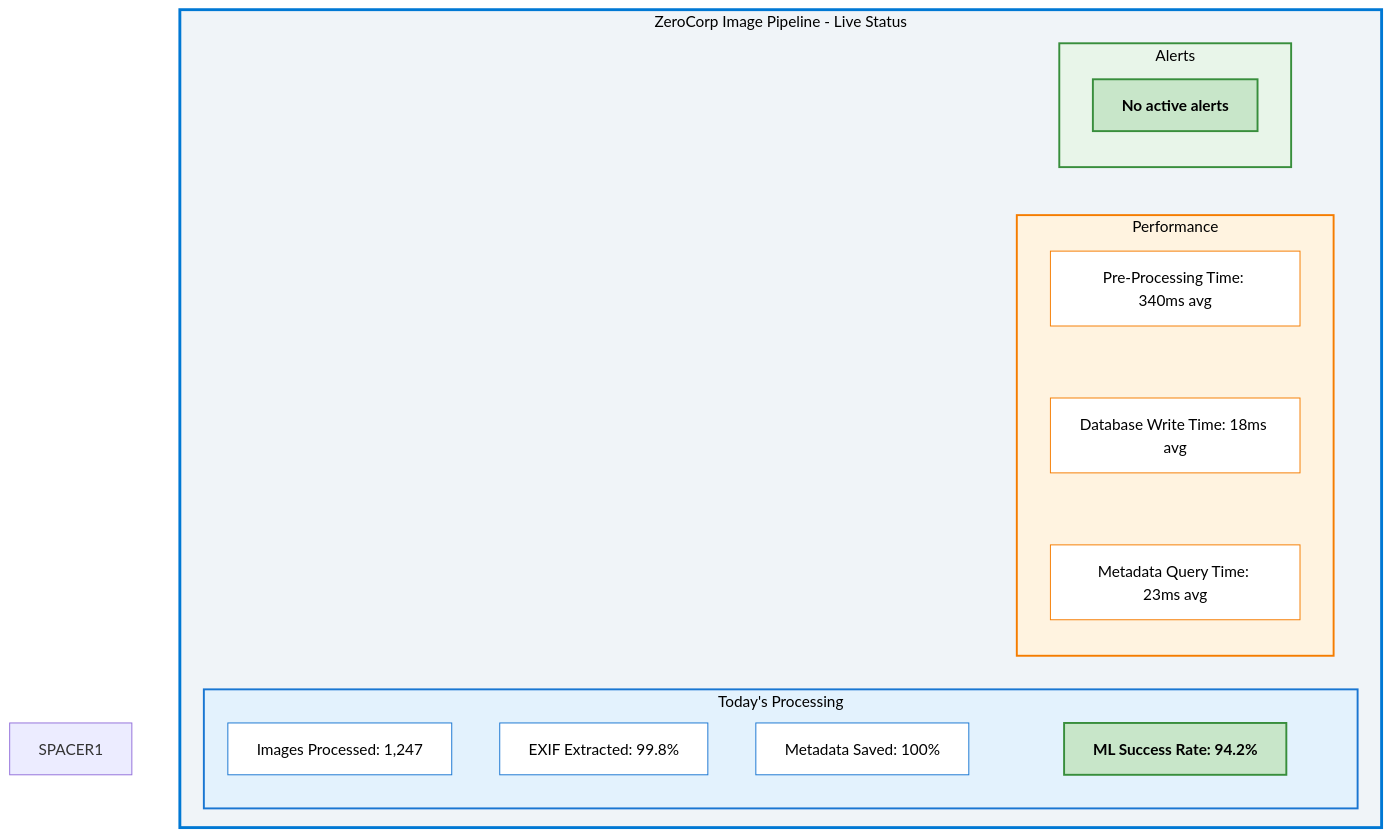
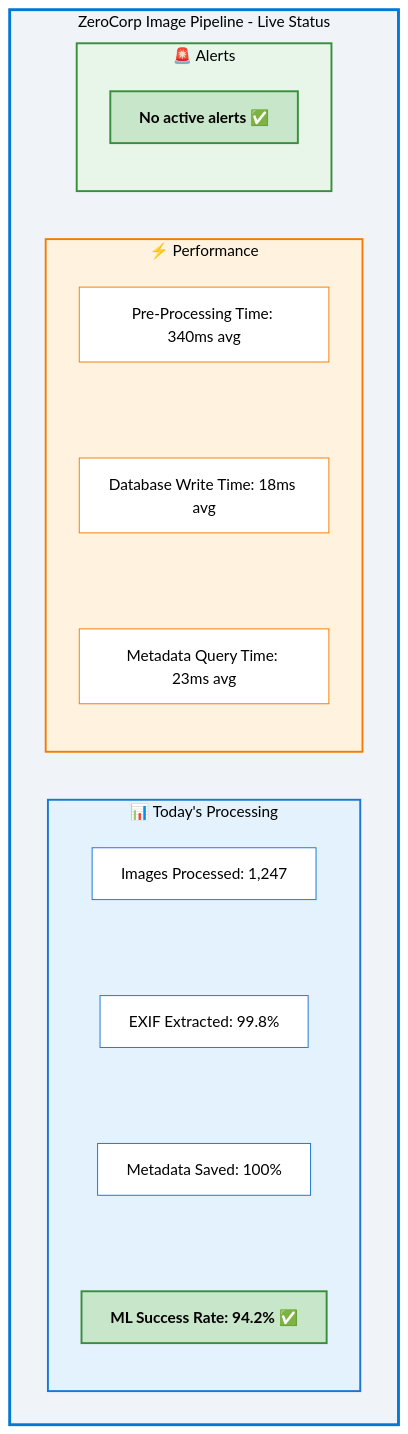
One commit to anandSgunti/cloud changed the fifth of 5 diagrams in 02-The-Bug/02_Solution_Architecture.md. Above: the diagram before and after it, drawn with Mermaid.

````diff
--- a/02-The-Bug/02_Solution_Architecture.md
+++ b/02-The-Bug/02_Solution_Architecture.md
@@ -240,46 +240,44 @@
 ```mermaid
-graph LR
+graph TB
     subgraph Dashboard["ZeroCorp Image Pipeline - Live Status"]
-
-
-        subgraph Processing[" Today's Processing"]
+        subgraph Processing["📊 Today's Processing"]
             P1["Images Processed: 1,247"]
             P2["EXIF Extracted: 99.8%"]
             P3["Metadata Saved: 100%"]
-            P4["ML Success Rate: 94.2% "]
+            P4["ML Success Rate: 94.2% ✅"]
         end
         
-        subgraph Performance[" Performance"]
+        subgraph Performance["⚡ Performance"]
             PERF1["Pre-Processing Time: 340ms avg"]
             PERF2["Database Write Time: 18ms avg"]
             PERF3["Metadata Query Time: 23ms avg"]
         end
         
-        subgraph Alerts[" Alerts"]
-            A1["No active alerts "]
+        subgraph Alerts["🚨 Alerts"]
+            A1["No active alerts ✅"]
         end
     end
-    SPACER1 ~~~ P1
+    
     P1 ~~~ P2
     P2 ~~~ P3
     P3 ~~~ P4
     
     PERF1 ~~~ PERF2
     PERF2 ~~~ PERF3
     
     style Dashboard fill:#f0f4f8,stroke:#0078d4,stroke-width:3px,color:#000
     style Processing fill:#e3f2fd,stroke:#1976d2,stroke-width:2px,color:#000
     style Performance fill:#fff3e0,stroke:#f57c00,stroke-width:2px,color:#000
     style Alerts fill:#e8f5e9,stroke:#388e3c,stroke-width:2px,color:#000
     
     style P1 fill:#fff,stroke:#1976d2,color:#000
     style P2 fill:#fff,stroke:#1976d2,color:#000
     style P3 fill:#fff,stroke:#1976d2,color:#000
     style P4 fill:#c8e6c9,stroke:#388e3c,stroke-width:2px,color:#000,font-weight:bold
     
     style PERF1 fill:#fff,stroke:#f57c00,color:#000
     style PERF2 fill:#fff,stroke:#f57c00,color:#000
     style PERF3 fill:#fff,stroke:#f57c00,color:#000
     
     style A1 fill:#c8e6c9,stroke:#388e3c,stroke-width:2px,color:#000,font-weight:bold
 ```
````
